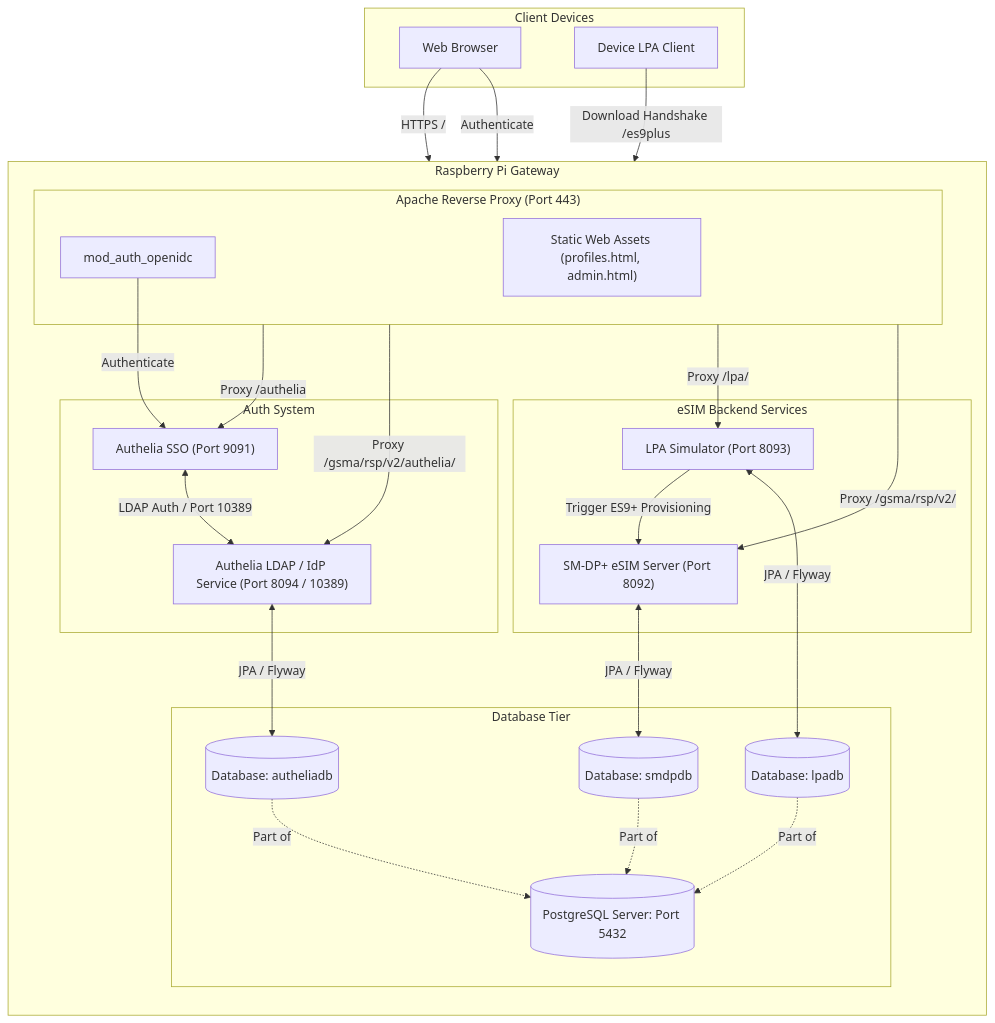
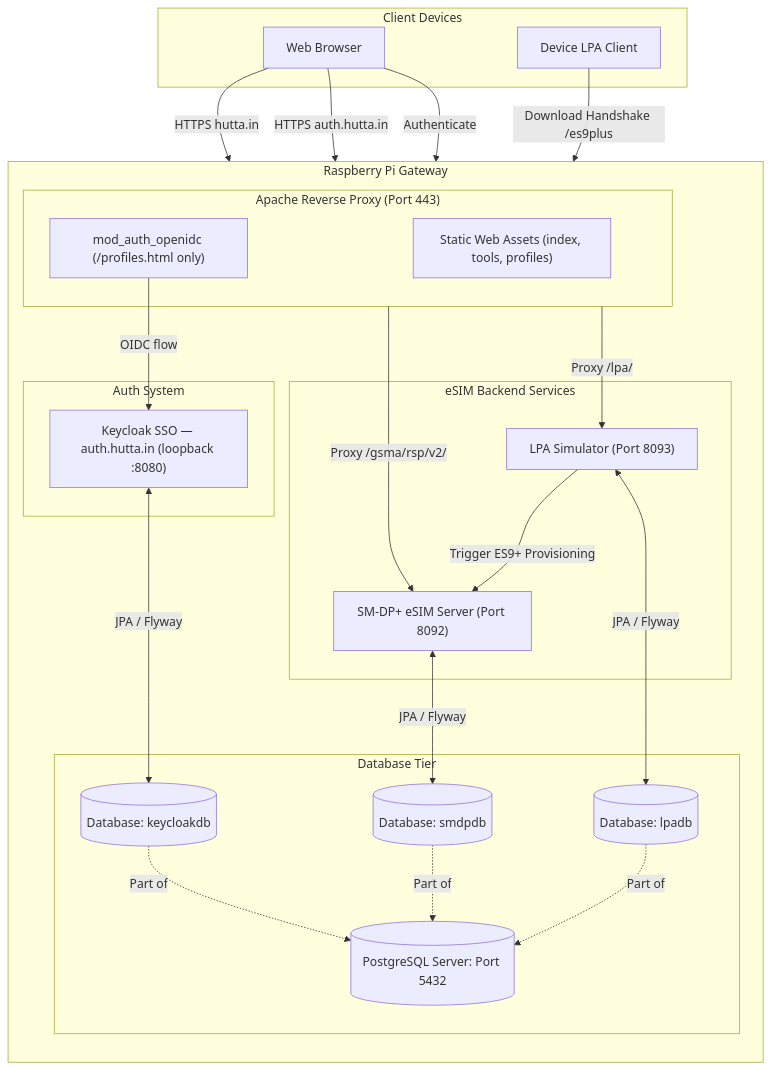
One commit to muku3011/website changed the third of 3 diagrams in README.md. Above: the diagram before and after it, drawn with Mermaid. The commit also changed other lines of this file and 46 other files, not shown here.

First line of the commit message:
Migrate from Authelia to Keycloak SSO

````diff
--- a/README.md
+++ b/README.md
@@ -72,56 +72,53 @@
 ```mermaid
 flowchart TD
     subgraph Client ["Client Devices"]
         Browser["Web Browser"]
         LPA_Client["Device LPA Client"]
     end
 
     subgraph RPi ["Raspberry Pi Gateway"]
         direction TB
         subgraph Proxy ["Apache Reverse Proxy (Port 443)"]
-            Static["Static Web Assets (profiles.html, admin.html)"]
-            OIDC["mod_auth_openidc"]
+            Static["Static Web Assets (index, tools, profiles)"]
+            OIDC["mod_auth_openidc (/profiles.html only)"]
         end
 
         subgraph Auth ["Auth System"]
-            Authelia["Authelia SSO (Port 9091)"]
-            AutheliaLDAP["Authelia LDAP / IdP Service (Port 8094 / 10389)"]
+            Keycloak["Keycloak SSO — auth.hutta.in (loopback :8080)"]
         end
 
         subgraph Backend ["eSIM Backend Services"]
             SMDP["SM-DP+ eSIM Server (Port 8092)"]
             LPA_Sim["LPA Simulator (Port 8093)"]
         end
 
         subgraph DB ["Database Tier"]
             PostgreSQL[(PostgreSQL Server: Port 5432)]
             smdpdb[(Database: smdpdb)]
             lpadb[(Database: lpadb)]
-            autheliadb[(Database: autheliadb)]
+            keycloakdb[(Database: keycloakdb)]
         end
     end
 
     %% Client Access
-    Browser -->|HTTPS /| Static
+    Browser -->|HTTPS hutta.in| Static
+    Browser -->|HTTPS auth.hutta.in| Keycloak
     Browser -->|Authenticate| OIDC
     LPA_Client -->|Download Handshake /es9plus| SMDP
 
     %% Proxy Routing
-    OIDC -->|Authenticate| Authelia
-    Proxy -->|Proxy /authelia| Authelia
-    Proxy -->|Proxy /gsma/rsp/v2/authelia/| AutheliaLDAP
+    OIDC -->|OIDC flow| Keycloak
+    Proxy -->|Proxy /gsma/rsp/v2/| SMDP
     Proxy -->|Proxy /lpa/| LPA_Sim
-    Proxy -->|Proxy /gsma/rsp/v2/| SMDP
 
-    %% Authentication Directory
-    Authelia <-->|LDAP Auth / Port 10389| AutheliaLDAP
-    AutheliaLDAP <-->|JPA / Flyway| autheliadb
+    %% Authentication
+    Keycloak <-->|JPA / Flyway| keycloakdb
 
     %% eSIM provisioning & database
     LPA_Sim -->|Trigger ES9+ Provisioning| SMDP
     SMDP <-->|JPA / Flyway| smdpdb
     LPA_Sim <-->|JPA / Flyway| lpadb
     smdpdb -.->|Part of| PostgreSQL
     lpadb -.->|Part of| PostgreSQL
-    autheliadb -.->|Part of| PostgreSQL
+    keycloakdb -.->|Part of| PostgreSQL
 ```
````
